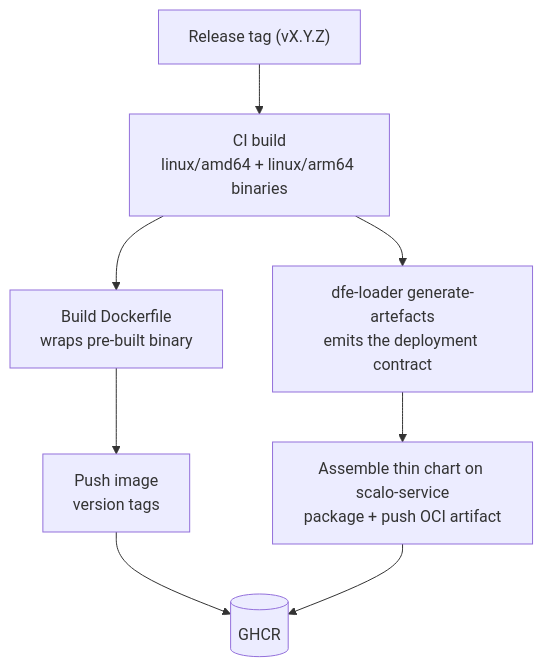
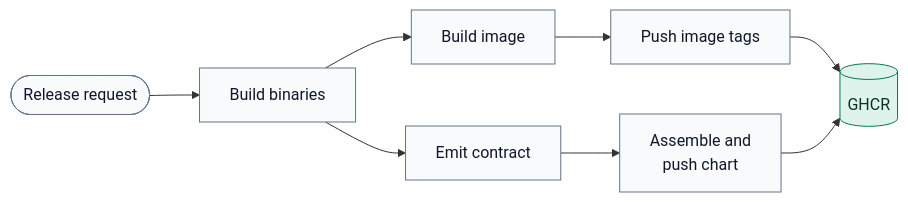
One commit to hyperi-io/dfe-loader changed the diagram in docs/deployment/publishing.md. Above: the diagram before and after it, drawn with Mermaid. The commit also changed other lines of this file and 33 other files, not shown here.

First line of the commit message:
docs(loader): fix Eleven claims and redraw diagrams

````diff
--- a/docs/deployment/publishing.md
+++ b/docs/deployment/publishing.md
@@ -18,13 +20,25 @@
 ```mermaid
-flowchart TB
-    REL["Release tag (vX.Y.Z)"]
-    BIN["CI build<br/>linux/amd64 + linux/arm64 binaries"]
-    DOCK["Build Dockerfile<br/>wraps pre-built binary"]
-    PUSH["Push image<br/>version tags"]
-    EMIT["dfe-loader generate-artefacts<br/>emits the deployment contract"]
-    HELM["Assemble thin chart on scalo-service<br/>package + push OCI artifact"]
-    REG[(GHCR)]
+flowchart LR
+    accTitle: L4 Detail -- Release artefacts
+    accDescr: A release request starts a CI build of linux amd64 and arm64 binaries. The Dockerfile wraps the binaries into an image, which is pushed with its version tags. The binary's generate-artefacts emits the deployment contract, from which a thin chart is assembled and pushed. Both land in GHCR.
 
-    REL --> BIN --> DOCK --> PUSH --> REG
-    BIN --> EMIT --> HELM --> REG
+    tag(["Release request"])
+    build["Build binaries"]
+    image["Build image"]
+    contract["Emit contract"]
+    pushimage["Push image tags"]
+    chart["Assemble and<br/>push chart"]
+    ghcr[("GHCR")]
+
+    tag --> build
+    build --> image
+    build --> contract
+    image --> pushimage
+    contract --> chart
+    pushimage --> ghcr
+    chart --> ghcr
+
+    classDef default fill:#F8FAFC,stroke:#64748B,stroke-width:1px,color:#0F172A
+    classDef store fill:#DDF3EC,stroke:#00785A,stroke-width:1px,color:#0B3327
+    class ghcr store
 ```
````
